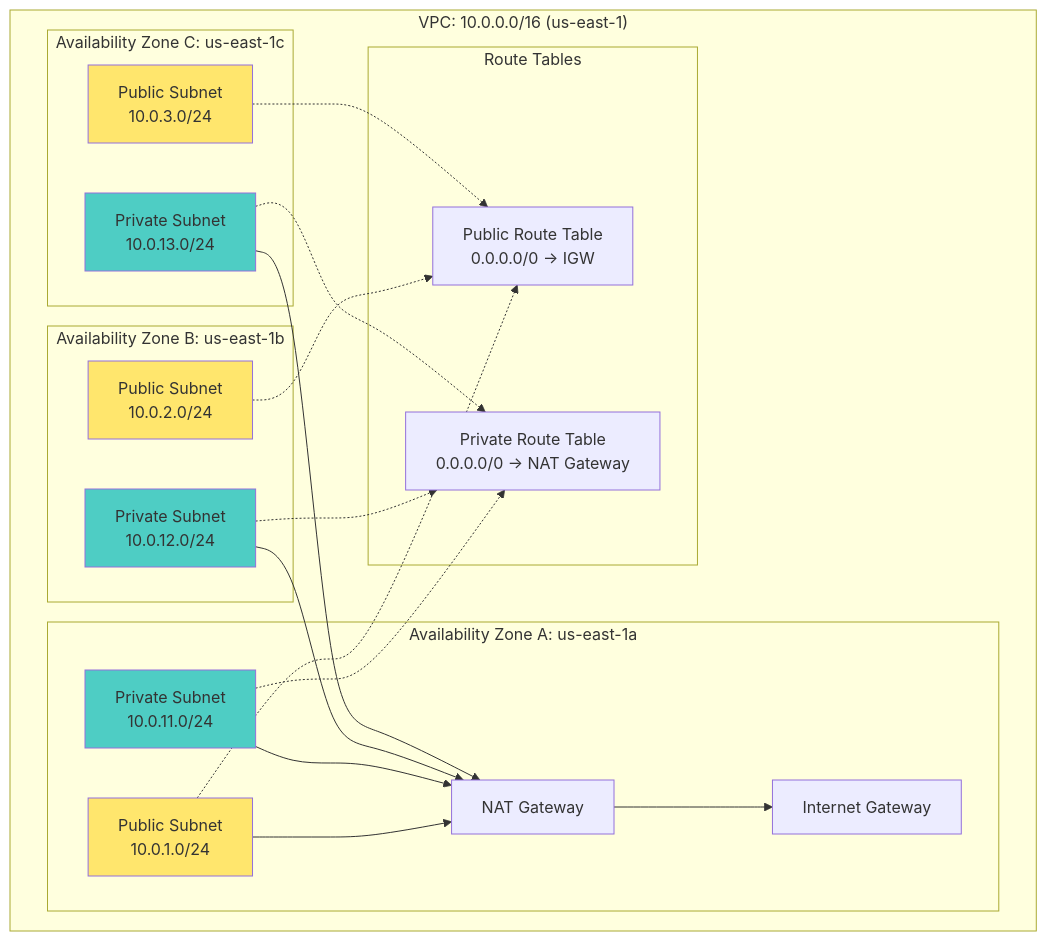
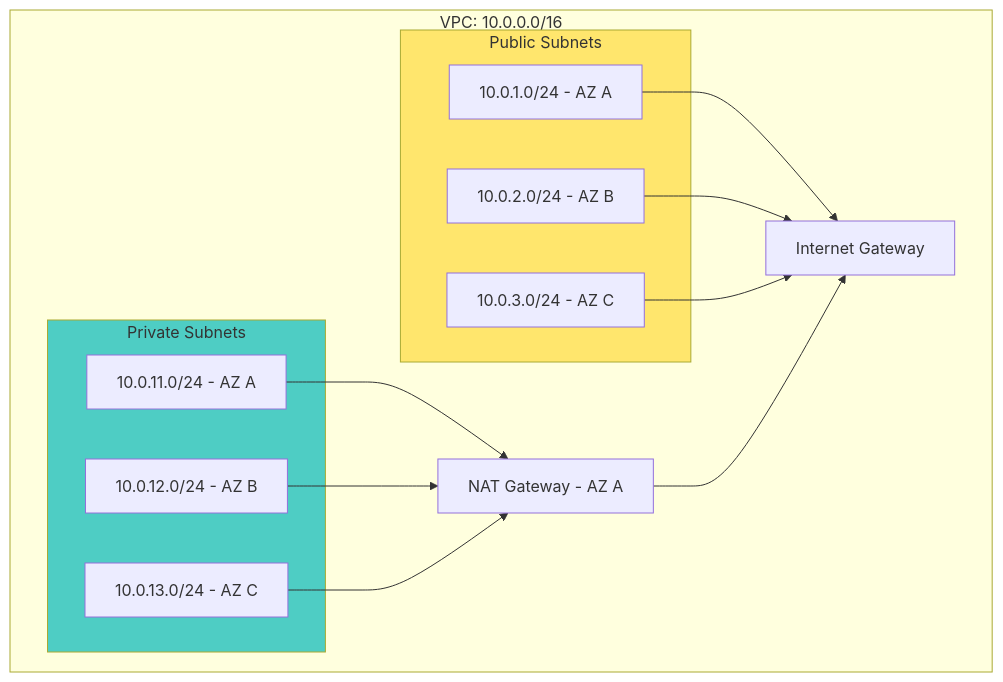
One commit to Pinksea-AI/InvokeAI changed the second of 15 diagrams in docs/final-architecture/01-aws-architecture-diagram.md. Above: the diagram before and after it, drawn with Mermaid. The commit also changed other lines of this file, not shown here.

First line of the commit message:
fix: Simplify Mermaid diagrams in AWS architecture document

````diff
--- a/docs/final-architecture/01-aws-architecture-diagram.md
+++ b/docs/final-architecture/01-aws-architecture-diagram.md
@@ -187,48 +100,32 @@
 ```mermaid
 graph TB
-    subgraph "VPC: 10.0.0.0/16 (us-east-1)"
-        subgraph "Availability Zone A: us-east-1a"
-            PubA[Public Subnet<br/>10.0.1.0/24]
-            PrivA[Private Subnet<br/>10.0.11.0/24]
-
-            PubA --> NATGW[NAT Gateway]
-            NATGW --> IGW[Internet Gateway]
-
-            PrivA --> NATGW
+    subgraph VPC[VPC: 10.0.0.0/16]
+        subgraph Public[Public Subnets]
+            PubA[10.0.1.0/24 - AZ A]
+            PubB[10.0.2.0/24 - AZ B]
+            PubC[10.0.3.0/24 - AZ C]
         end
 
-        subgraph "Availability Zone B: us-east-1b"
-            PubB[Public Subnet<br/>10.0.2.0/24]
-            PrivB[Private Subnet<br/>10.0.12.0/24]
-
-            PrivB --> NATGW
+        subgraph Private[Private Subnets]
+            PrivA[10.0.11.0/24 - AZ A]
+            PrivB[10.0.12.0/24 - AZ B]
+            PrivC[10.0.13.0/24 - AZ C]
         end
 
-        subgraph "Availability Zone C: us-east-1c"
-            PubC[Public Subnet<br/>10.0.3.0/24]
-            PrivC[Private Subnet<br/>10.0.13.0/24]
+        IGW[Internet Gateway]
+        NAT[NAT Gateway - AZ A]
 
-            PrivC --> NATGW
-        end
+        PubA --> IGW
+        PubB --> IGW
+        PubC --> IGW
 
-        subgraph "Route Tables"
-            PublicRT[Public Route Table<br/>0.0.0.0/0 → IGW]
-            PrivateRT[Private Route Table<br/>0.0.0.0/0 → NAT Gateway]
-        end
+        PrivA --> NAT
+        PrivB --> NAT
+        PrivC --> NAT
 
-        PubA -.-> PublicRT
-        PubB -.-> PublicRT
-        PubC -.-> PublicRT
-
-        PrivA -.-> PrivateRT
-        PrivB -.-> PrivateRT
-        PrivC -.-> PrivateRT
+        NAT --> IGW
     end
 
-    style PubA fill:#FFE66D
-    style PubB fill:#FFE66D
-    style PubC fill:#FFE66D
-    style PrivA fill:#4ECDC4
-    style PrivB fill:#4ECDC4
-    style PrivC fill:#4ECDC4
+    style Public fill:#FFE66D
+    style Private fill:#4ECDC4
 ```
````
